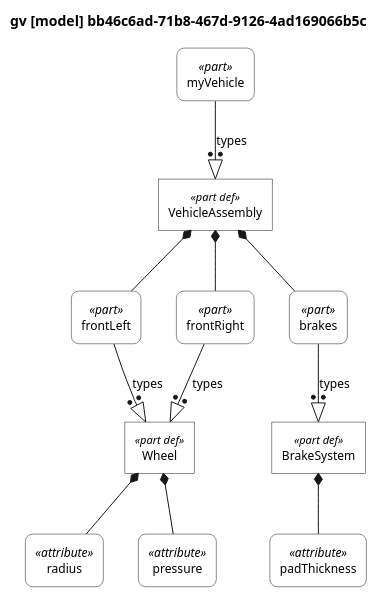
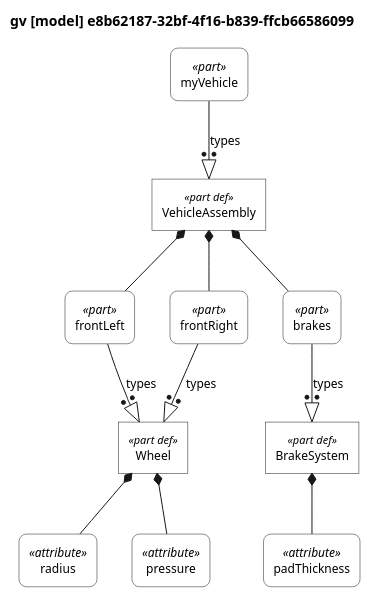
One commit to mycr0ft/sysml2py changed the diagram in docs/plantuml-examples/03-vehicle-structure.puml. Above: the diagram before and after it, drawn with PlantUML. The commit also changed 25 other files, not shown here.

```diff
--- a/docs/plantuml-examples/03-vehicle-structure.puml
+++ b/docs/plantuml-examples/03-vehicle-structure.puml
@@ -1,129 +1,129 @@
 @startuml
 
 skinparam monochrome true
 skinparam wrapWidth 300
 skinparam defaultFontSize 12
 skinparam defaultFontName Helvetica
 
 ' Definitions: sharp corners, plain background
 skinparam rectangle<<part def>> {
     RoundCorner 0
     BackgroundColor white
     StereotypeFontSize 11
 }
 skinparam rectangle<<item def>> {
     RoundCorner 0
     BackgroundColor white
 }
 skinparam rectangle<<attribute def>> {
     RoundCorner 0
     BackgroundColor white
 }
 skinparam rectangle<<port def>> {
     RoundCorner 0
     BackgroundColor white
 }
 skinparam rectangle<<action def>> {
     RoundCorner 0
     BackgroundColor white
 }
 skinparam rectangle<<state def>> {
     RoundCorner 0
     BackgroundColor white
 }
 skinparam rectangle<<requirement def>> {
     RoundCorner 0
     BackgroundColor white
 }
 skinparam rectangle<<view def>> {
     RoundCorner 0
     BackgroundColor white
 }
 skinparam rectangle<<viewpoint def>> {
     RoundCorner 0
     BackgroundColor white
 }
 skinparam rectangle<<enumeration def>> {
     RoundCorner 0
     BackgroundColor white
 }
 
 ' Usages: rounded corners, plain background
 skinparam rectangle<<part>> {
     RoundCorner 15
     BackgroundColor white
 }
 skinparam rectangle<<item>> {
     RoundCorner 15
     BackgroundColor white
 }
 skinparam rectangle<<attribute>> {
     RoundCorner 15
     BackgroundColor white
 }
 skinparam rectangle<<port>> {
     RoundCorner 15
     BackgroundColor white
 }
 skinparam rectangle<<action>> {
     RoundCorner 15
     BackgroundColor white
 }
 skinparam rectangle<<state>> {
     RoundCorner 15
     BackgroundColor white
 }
 skinparam rectangle<<requirement>> {
     RoundCorner 15
     BackgroundColor white
 }
 skinparam rectangle<<view>> {
     RoundCorner 15
     BackgroundColor white
 }
 skinparam rectangle<<viewpoint>> {
     RoundCorner 15
     BackgroundColor white
 }
 skinparam rectangle<<enumeration>> {
     RoundCorner 15
     BackgroundColor white
 }
 
 ' Views as folders
 skinparam folder<<view def>> {
     BackgroundColor white
 }
 skinparam folder<<view>> {
     BackgroundColor white
 }
 
 top to bottom direction
 
-title gv [model] bb46c6ad-71b8-467d-9126-4ad169066b5c
+title gv [model] e8b62187-32bf-4f16-b839-ffcb66586099
 
 hide circle
 
 rectangle "Wheel" as E1 <<part def>>
 rectangle "radius" as E2 <<attribute>>
 rectangle "pressure" as E4 <<attribute>>
 rectangle "BrakeSystem" as E6 <<part def>>
 rectangle "padThickness" as E7 <<attribute>>
 rectangle "VehicleAssembly" as E9 <<part def>>
 rectangle "frontLeft" as E10 <<part>>
 rectangle "frontRight" as E11 <<part>>
 rectangle "brakes" as E12 <<part>>
 rectangle "myVehicle" as E13 <<part>>
 
 E1 *-- E2
 E1 *-- E4
 E6 *-- E7
 E9 *-- E10
 E10 --:|> E1 : types
 E9 *-- E11
 E11 --:|> E1 : types
 E9 *-- E12
 E12 --:|> E6 : types
 E13 --:|> E9 : types
 
 @enduml
```
